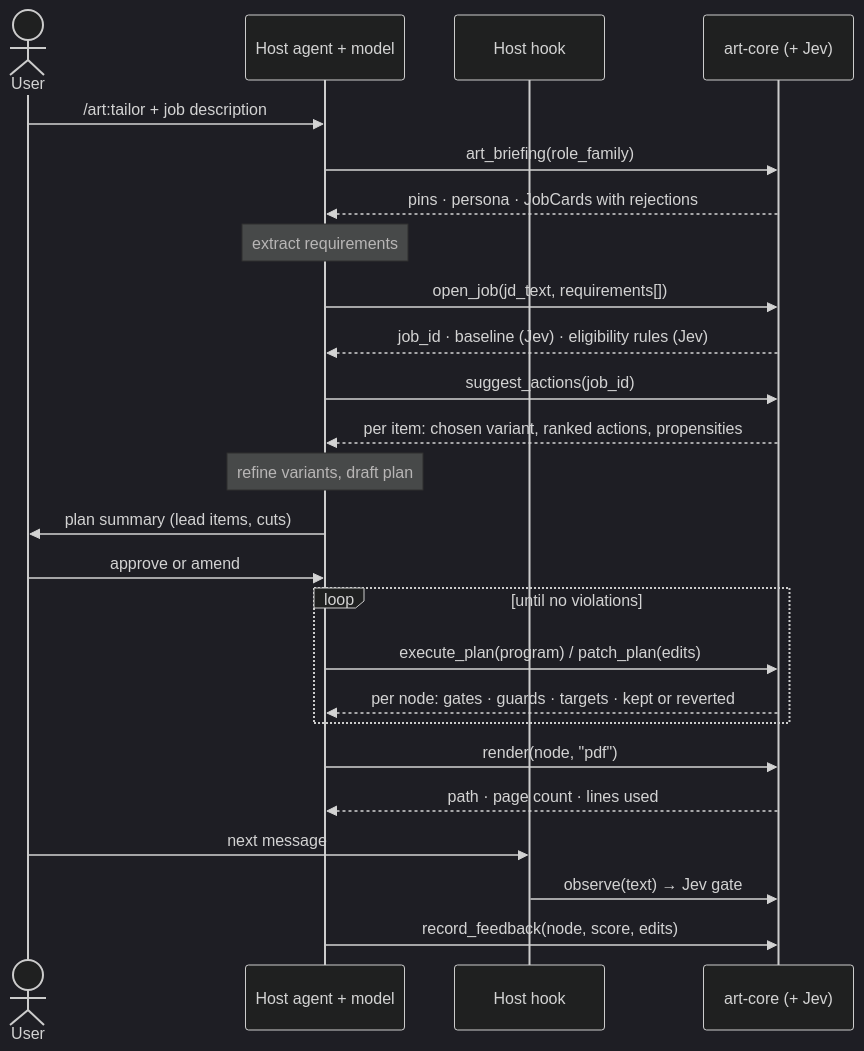
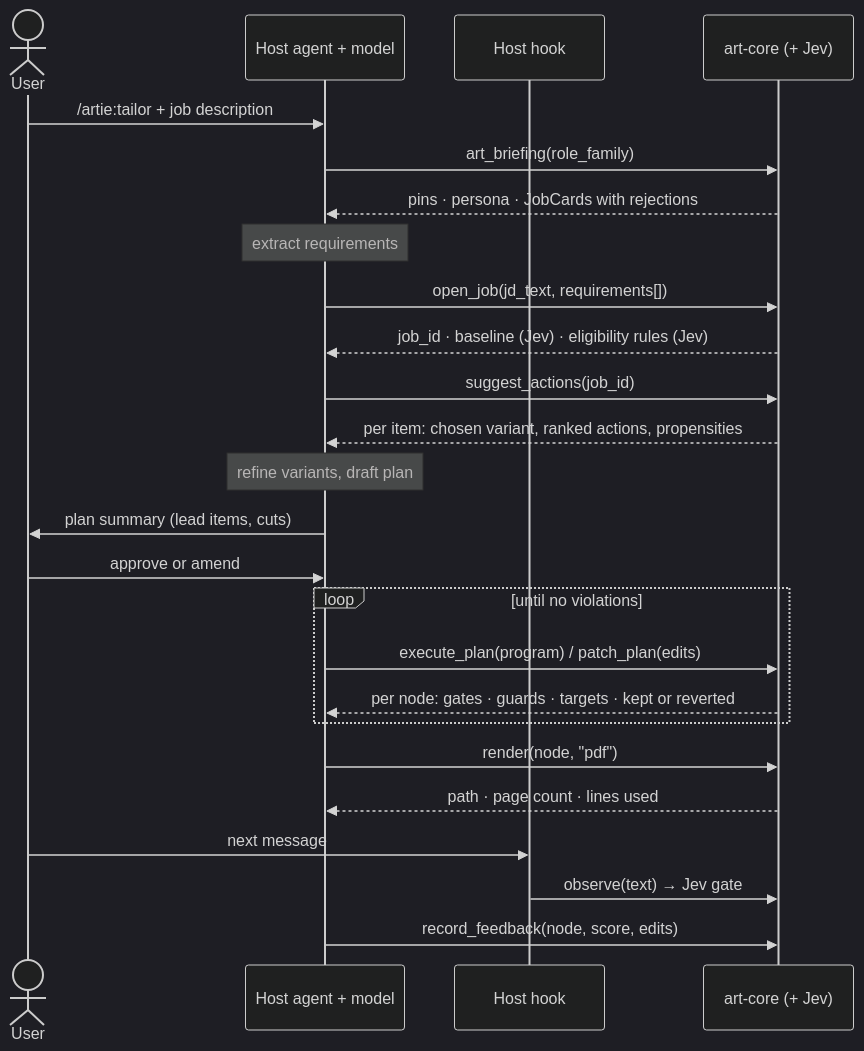
One commit to nathansso/agentic_resume_tailoring changed the third of 6 diagrams in docs/harness.md. Above: the diagram before and after it, drawn with Mermaid (dark theme). The commit also changed other lines of this file and 82 other files, not shown here.

First line of the commit message:
feat(harness): rename art to artie and release v0.2.0 (#395)

````diff
--- a/docs/harness.md
+++ b/docs/harness.md
@@ -355,27 +357,27 @@
 ```mermaid
 sequenceDiagram
     actor U as User
     participant H as Host agent + model
     participant K as Host hook
     participant A as art-core (+ Jev)
-    U->>H: /art:tailor + job description
+    U->>H: /artie:tailor + job description
     H->>A: art_briefing(role_family)
     A-->>H: pins · persona · JobCards with rejections
     Note over H: extract requirements
     H->>A: open_job(jd_text, requirements[])
     A-->>H: job_id · baseline (Jev) · eligibility rules (Jev)
     H->>A: suggest_actions(job_id)
     A-->>H: per item: chosen variant, ranked actions, propensities
     Note over H: refine variants, draft plan
     H->>U: plan summary (lead items, cuts)
     U->>H: approve or amend
     loop until no violations
         H->>A: execute_plan(program) / patch_plan(edits)
         A-->>H: per node: gates · guards · targets · kept or reverted
     end
     H->>A: render(node, "pdf")
     A-->>H: path · page count · lines used
     U->>K: next message
     K->>A: observe(text) → Jev gate
     H->>A: record_feedback(node, score, edits)
 ```
````
